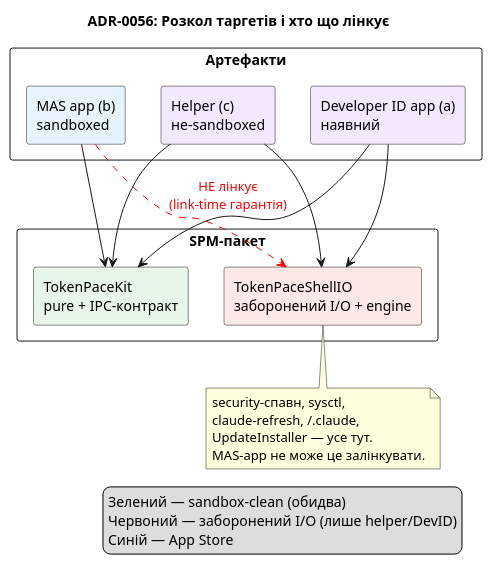
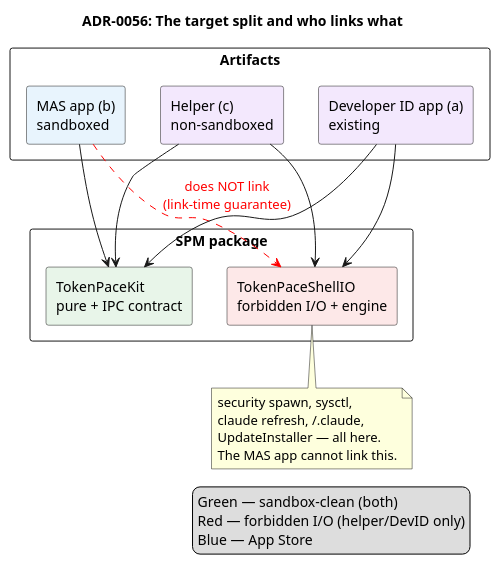
One commit to artem-from-ua/tokenpace changed the diagram in docs/adr/0056-thin-helper-thick-app-build-flavors.md. Above: the diagram before and after it, drawn with PlantUML. The commit also changed other lines of this file and 116 other files, not shown here.

````diff
--- a/docs/adr/0056-thin-helper-thick-app-build-flavors.md
+++ b/docs/adr/0056-thin-helper-thick-app-build-flavors.md
@@ -46,40 +49,40 @@
 ```plantuml
 @startuml
-title ADR-0056: Розкол таргетів і хто що лінкує
+title ADR-0056: The target split and who links what
 skinparam componentStyle rectangle
 skinparam packageStyle rectangle
 
-package "SPM-пакет" {
-  [TokenPaceKit\npure + IPC-контракт] as Kit #E8F5E9
-  [TokenPaceShellIO\nзаборонений I/O + engine] as Shell #FDE8E8
+package "SPM package" {
+  [TokenPaceKit\npure + IPC contract] as Kit #E8F5E9
+  [TokenPaceShellIO\nforbidden I/O + engine] as Shell #FDE8E8
 }
 
-package "Артефакти" {
+package "Artifacts" {
   [MAS app (b)\nsandboxed] as MAS #E8F4FD
-  [Helper (c)\nне-sandboxed] as Helper #F3E8FD
-  [Developer ID app (a)\nнаявний] as DevID #F3E8FD
+  [Helper (c)\nnon-sandboxed] as Helper #F3E8FD
+  [Developer ID app (a)\nexisting] as DevID #F3E8FD
 }
 
 MAS --> Kit
-MAS ..> Shell #line:red;text:red : НЕ лінкує\n(link-time гарантія)
+MAS ..> Shell #line:red;text:red : does NOT link\n(link-time guarantee)
 
 Helper --> Kit
 Helper --> Shell
 
 DevID --> Kit
 DevID --> Shell
 
 note bottom of Shell
-  security-спавн, sysctl,
-  claude-refresh, ~/.claude,
-  UpdateInstaller — усе тут.
-  MAS-app не може це залінкувати.
+  security spawn, sysctl,
+  claude refresh, ~/.claude,
+  UpdateInstaller — all here.
+  The MAS app cannot link this.
 end note
 
 legend right
-  Зелений — sandbox-clean (обидва)
-  Червоний — заборонений I/O (лише helper/DevID)
-  Синій — App Store
+  Green — sandbox-clean (both)
+  Red — forbidden I/O (helper/DevID only)
+  Blue — App Store
 end legend
 @enduml
 ```
````
